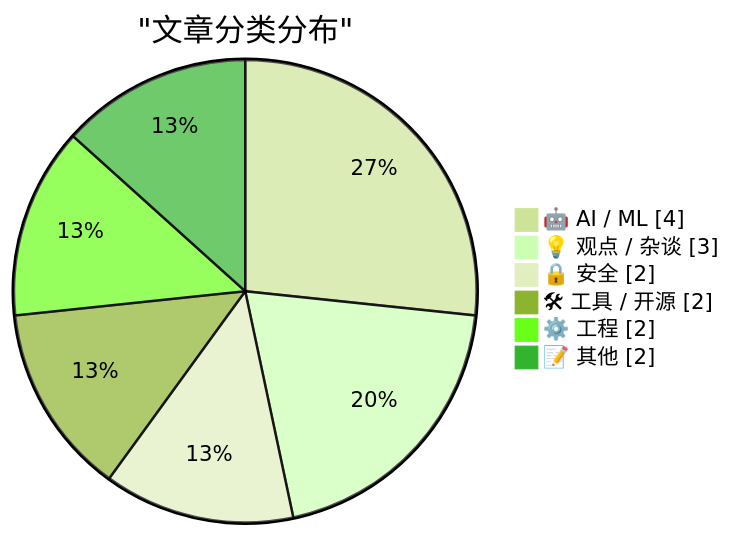
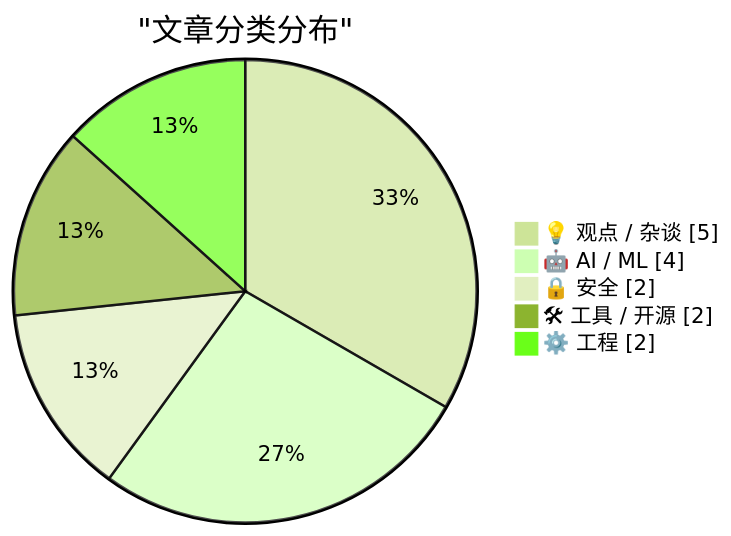
The first of 2 diagrams in digest-20260228.md (gitmeus/daily-reports), drawn with Mermaid (forest theme) before and after one commit. The commit also changed other lines of this file, not shown here.

````diff
--- a/digest-20260228.md
+++ b/digest-20260228.md
@@ -53,10 +53,9 @@
 ```mermaid
 pie showData
     title "文章分类分布"
+    "💡 观点 / 杂谈" : 5
     "🤖 AI / ML" : 4
-    "💡 观点 / 杂谈" : 3
     "🔒 安全" : 2
     "🛠 工具 / 开源" : 2
     "⚙️ 工程" : 2
-    "📝 其他" : 2
 ```
````
